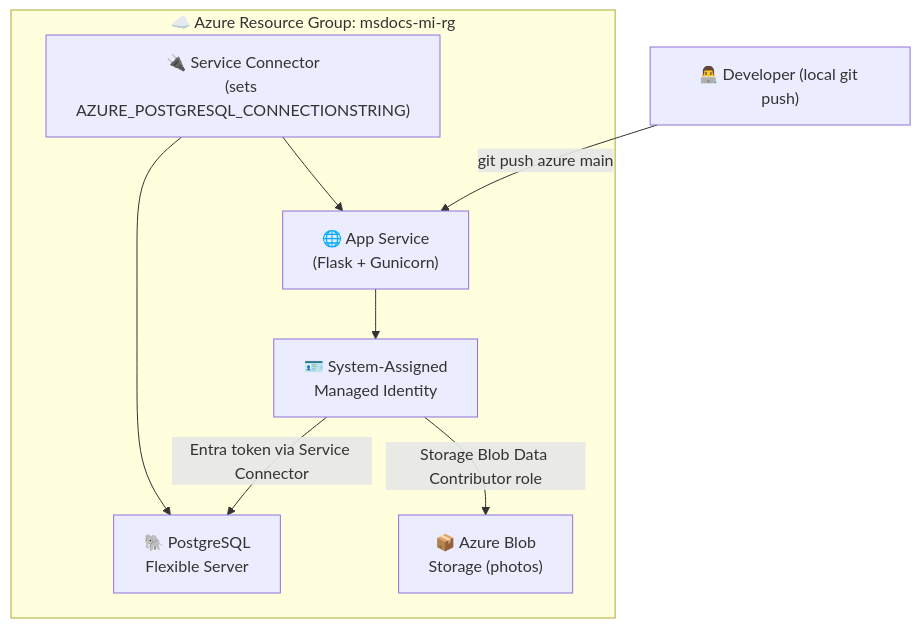
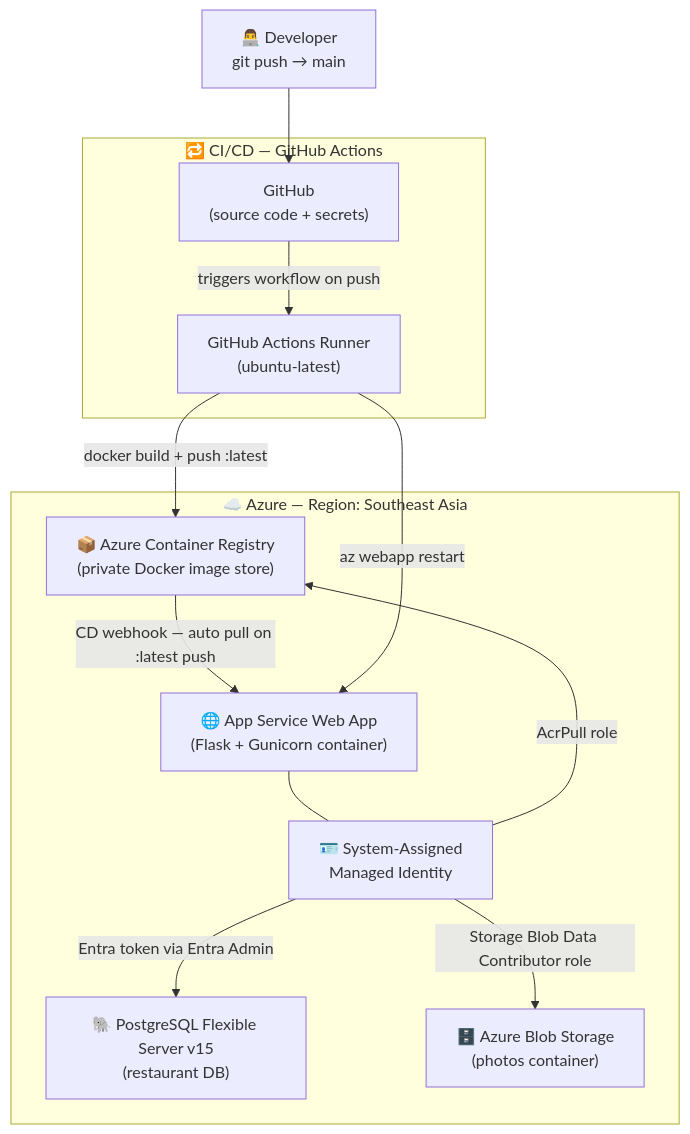
The first of 2 diagrams in azure_cli_deployment_guide.md (AayushShah-904/msdocs-flask-web-app-managed-identity), drawn with Mermaid before and after one commit. The commit also changed other lines of this file and 1 other file, not shown here.

````diff
--- a/azure_cli_deployment_guide.md
+++ b/azure_cli_deployment_guide.md
@@ -598,18 +13,27 @@
 ```mermaid
-graph TD
-    DEV["👨‍💻 Developer (local git push)"]
-    subgraph Azure["☁️ Azure Resource Group: msdocs-mi-rg"]
-        APP["🌐 App Service\n(Flask + Gunicorn)"]
-        MI["🪪 System-Assigned\nManaged Identity"]
-        PG["🐘 PostgreSQL\nFlexible Server"]
-        STORE["📦 Azure Blob\nStorage (photos)"]
-        SC["🔌 Service Connector\n(sets AZURE_POSTGRESQL_CONNECTIONSTRING)"]
+flowchart TD
+    DEV["👨‍💻 Developer\ngit push → main"] --> GH
+
+    subgraph CI["🔁 CI/CD — GitHub Actions"]
+        GH["GitHub\n(source code + secrets)"]
+        GA["GitHub Actions Runner\n(ubuntu-latest)"]
+        GH -->|triggers workflow on push| GA
     end
 
-    DEV -->|git push azure main| APP
-    APP --> MI
-    MI -->|Entra token via Service Connector| PG
-    MI -->|Storage Blob Data Contributor role| STORE
-    SC --> APP
-    SC --> PG
+    subgraph Azure["☁️ Azure — Region: Southeast Asia"]
+        ACR["📦 Azure Container Registry\n(private Docker image store)"]
+        APP["🌐 App Service Web App\n(Flask + Gunicorn container)"]
+        MI["🪪 System-Assigned\nManaged Identity"]
+        PG["🐘 PostgreSQL Flexible Server v15\n(restaurant DB)"]
+        STORE["🗄️ Azure Blob Storage\n(photos container)"]
+
+        APP --- MI
+        MI -->|AcrPull role| ACR
+        MI -->|Entra token via Entra Admin| PG
+        MI -->|Storage Blob Data Contributor role| STORE
+    end
+
+    GA -->|docker build + push :latest| ACR
+    ACR -->|CD webhook — auto pull on :latest push| APP
+    GA -->|az webapp restart| APP
 ```
````
